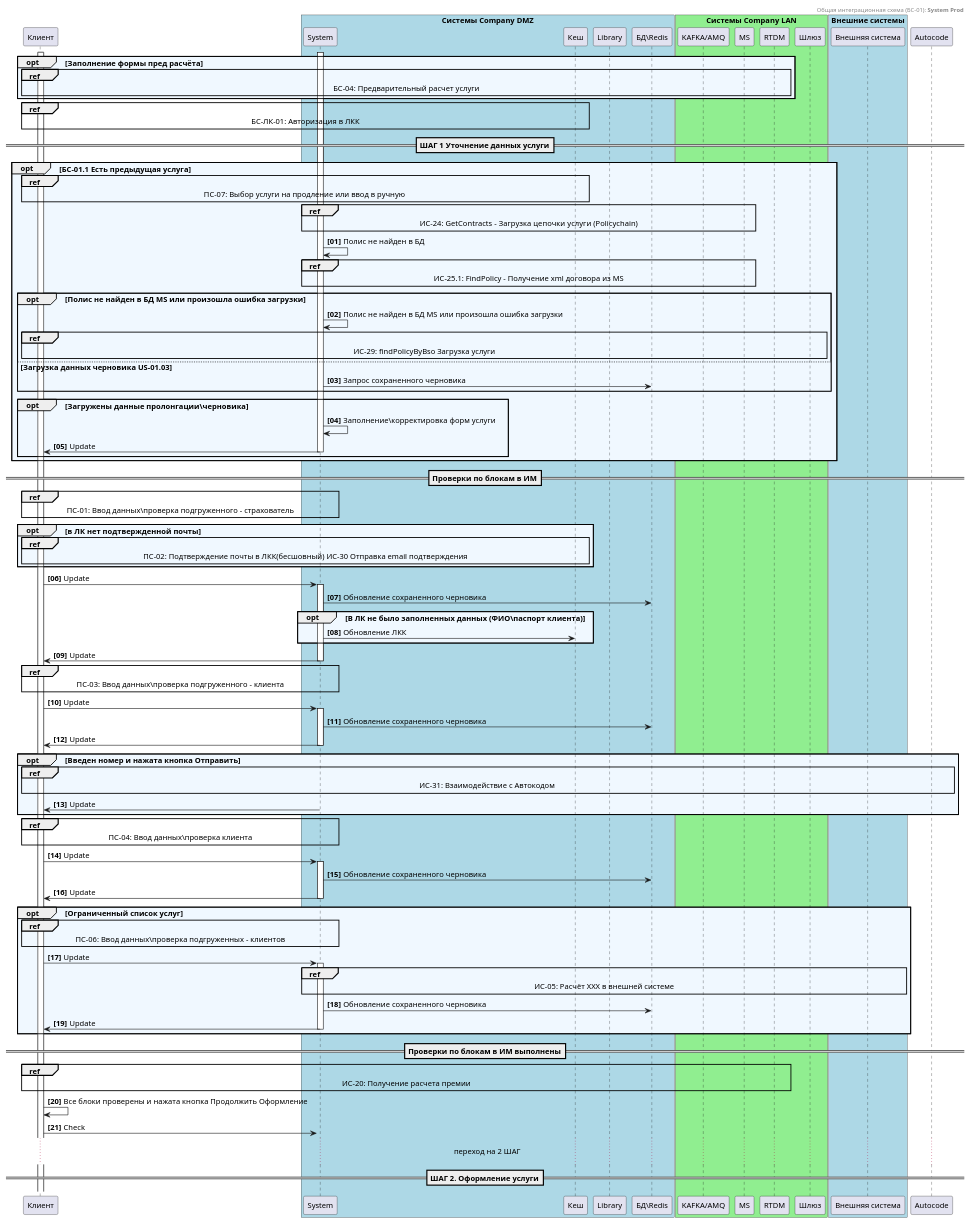
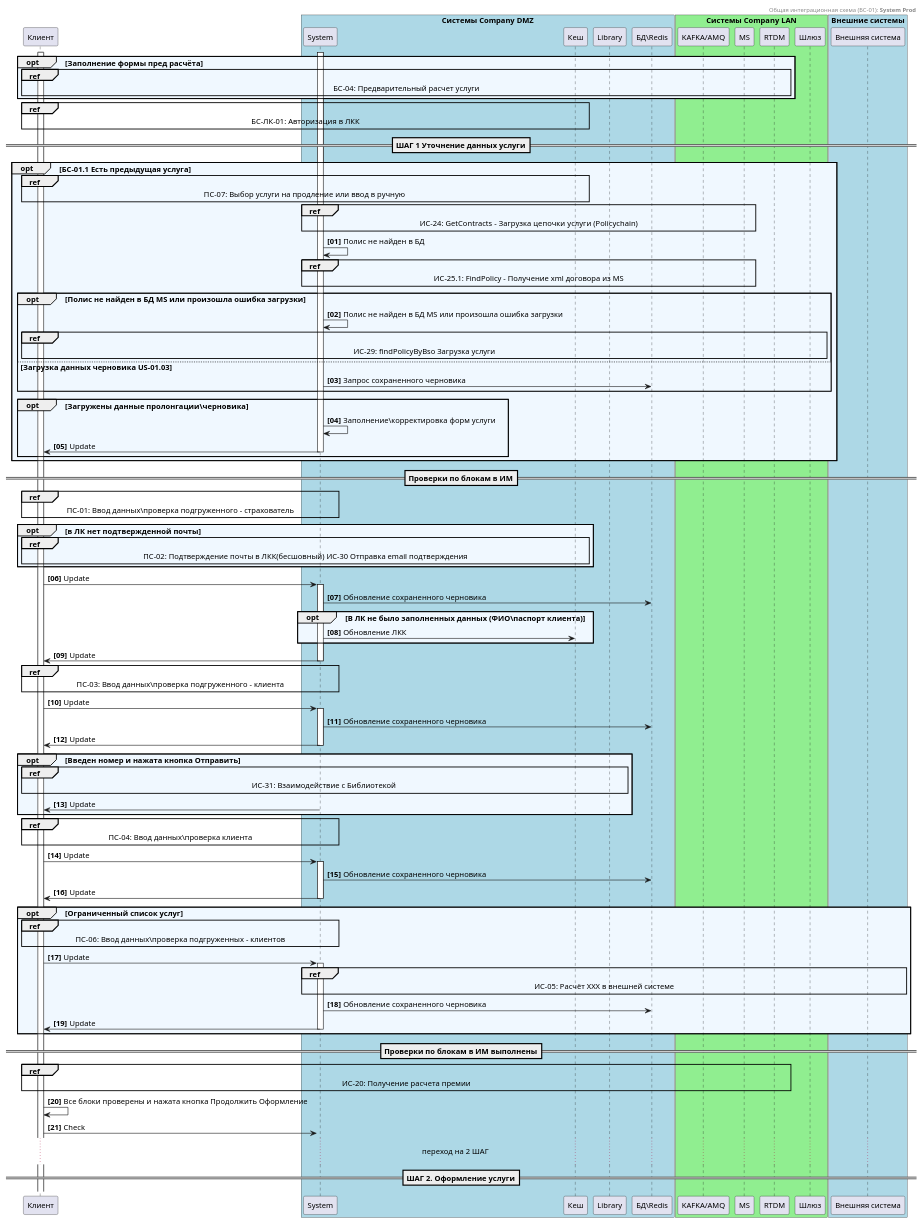
One commit to anfalovK/uml changed the diagram in Integrations/main_sequnce_example1.iuml. Above: the diagram before and after it, drawn with PlantUML.

Commit message:
Correct name

```diff
--- a/Integrations/main_sequnce_example1.iuml
+++ b/Integrations/main_sequnce_example1.iuml
@@ -1,155 +1,155 @@
 @startuml
 header Общая интеграционная схема (БС-01): <b>System Prod
 'Указать № интеграционного сценария и название системы
 'http://www.plantuml.com/
 
 skinparam Default {
 FontName Calibri
 FontSize 13
 MonospacedFontName Consolas
 }
 skinparam TitleFontSize 20
 skinparam TitleFontStyle plain
 
 participant "Клиент" as Client
 
 participant "System" as Consumer
 participant "БД\Redis" as Redis
 participant "Кеш" as KK
 participant "Шлюз" as GW_Service
 
 participant "KAFKA/AMQ" as AMQ
 participant "Внешняя система" as Ext_System
 
 
 box "Системы Company DMZ" #LightBlue
 participant Consumer
 participant KK
 participant Library
 participant Redis
 end box
 
 box "Системы Company LAN" #LightGreen
 
 participant AMQ
 participant MS
 participant RTDM
 participant GW_Service
 end box
 
 box "Внешние системы" #LightBlue
 participant Ext_System
 end box
 
 '\\\\\\\ Начало Описать пред условия. Система инициатор или сценарий\\\\\\\ 
 activate Client
 opt #AliceBlue Заполнение формы пред расчёта
 ref over Client, Consumer, RTDM
  БС-04: Предварительный расчет услуги
 end ref
 end
 ref over Client, Consumer, KK 
  БС-ЛК-01: Авторизация в ЛКК
 end ref
 
 
 activate Consumer
 autonumber "<b>[00]"
 == ШАГ 1 Уточнение данных услуги==
 
 opt #AliceBlue БС-01.1 Есть предыдущая услуга
  ref over Client, Consumer, KK  
  ПС-07: Выбор услуги на продление или ввод в ручную 
  end ref
  
  ref over Consumer, KK, MS  
  ИС-24: GetContracts - Загрузка цепочки  услуги (Policychain)
  end ref
  
 Consumer->Consumer: Полис не найден в БД
 
 ref over Consumer, KK, MS 
  ИС-25.1: FindPolicy - Получение xml договора из MS
 end ref
 
 opt #AliceBlue Полис не найден в БД MS или произошла ошибка загрузки
  Consumer->Consumer: Полис не найден в БД MS или произошла ошибка загрузки
  ref over Client, Consumer, AMQ, GW_Service
   ИС-29: findPolicyByBso Загрузка услуги
  end ref
 
 else Загрузка данных черновика US-01.03 
 Consumer->Redis: Запрос сохраненного черновика
 end
 opt #AliceBlue Загружены данные пролонгации\черновика
 Consumer->Consumer: Заполнение\корректировка форм услуги
 Consumer->Client--: Update
 end
 
 end
 
 
 == Проверки по блокам в ИМ==
 ref over Client, Consumer 
  ПС-01: Ввод данных\проверка подгруженного - страхователь
 end ref
 opt #AliceBlue в ЛК нет подтвержденной почты
 ref over Client, Consumer, KK  
  ПС-02: Подтверждение почты в ЛКК(бесшовный) ИС-30 Отправка email подтверждения
 end ref
 end
 Client->Consumer++: Update
 Consumer->Redis: Обновление сохраненного черновика
 opt #AliceBlue В ЛК не было заполненных данных (ФИО\паспорт клиента)
 Consumer->KK: Обновление ЛКК
 end
 Consumer->Client--: Update
 
 'ref over Client, Consumer 
 ' ИС-09: Проверка клиента
 'end ref
 ref over Client, Consumer 
  ПС-03: Ввод данных\проверка подгруженного - клиента
 end ref
 Client->Consumer++: Update
 'ref over Client, Consumer  
  'ИС-07: Проверка клиента
 'end ref
 Consumer->Redis: Обновление сохраненного черновика
 Consumer->Client--: Update
 opt #AliceBlue Введен номер и нажата кнопка Отправить
-ref over Client, Consumer, Autocode 
- ИС-31: Взаимодействие с Автокодом 
+ref over Client, Consumer, Library
+ ИС-31: Взаимодействие с Библиотекой 
 end ref
 Consumer->Client--: Update
 end
 ref over Client, Consumer 
  ПС-04: Ввод данных\проверка клиента
 end ref
 Client->Consumer++: Update
 'ref over Client, Consumer
  'ИС-06:  Проверка ТС
 'end ref
 Consumer->Redis: Обновление сохраненного черновика
 Consumer->Client--: Update
 opt #AliceBlue Ограниченный список услуг
 ref over Client, Consumer
  ПС-06: Ввод данных\проверка подгруженных - клиентов
 end ref
 Client->Consumer++: Update
 ref over Consumer, AMQ, Ext_System 
 ИС-05: Расчёт ХХХ в внешней системе
 end ref
 Consumer->Redis: Обновление сохраненного черновика
 Consumer->Client--: Update
 end
 == Проверки по блокам в ИМ выполнены==
 ref over Client, Consumer,  AMQ, RTDM  
  ИС-20: Получение расчета премии
 end ref
 Client->Client: Все блоки проверены и нажата кнопка Продолжить Оформление
 Client->Consumer++: Check
 ... переход на 2 ШАГ...
 
 == ШАГ 2. Оформление услуги==
 @enduml
```
